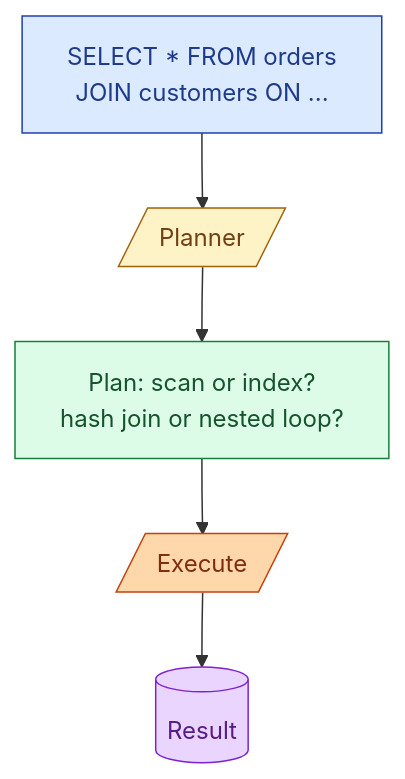
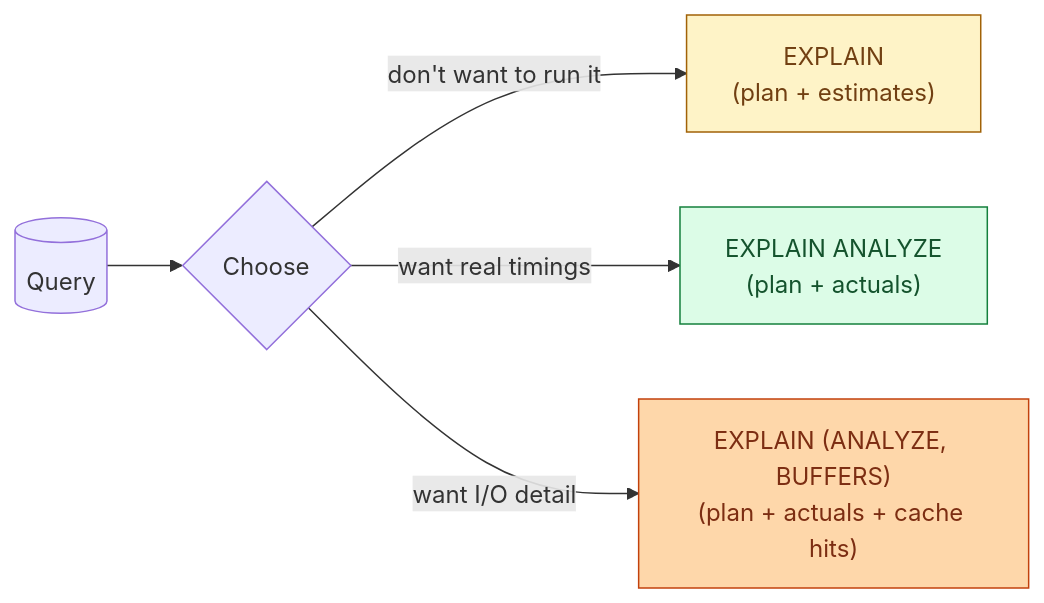
The first of 4 diagrams in _de_concepts/001-reading-an-explain-plan.md (shiningflash/shiningflash.github.io), drawn with Mermaid before and after one commit. The commit also changed other lines of this file, not shown here.

First line of the commit message:
DE concept #1: Reading an EXPLAIN plan, written fully

````diff
--- a/_de_concepts/001-reading-an-explain-plan.md
+++ b/_de_concepts/001-reading-an-explain-plan.md
@@ -12,14 +36,11 @@
 ```mermaid
-flowchart TB
-    Q["SELECT * FROM orders<br/>JOIN customers ON ..."]:::q
-    Q --> P[/"Planner"/]:::p
-    P --> Plan["Plan: scan or index?<br/>hash join or nested loop?"]:::plan
-    Plan --> Run[/"Execute"/]:::r
-    Run --> Out[("Result")]:::out
+flowchart LR
+    Q[("Query")] --> C{"Choose"}
+    C -->|"don't want to run it"| E["EXPLAIN<br/>(plan + estimates)"]:::a
+    C -->|"want real timings"| EA["EXPLAIN ANALYZE<br/>(plan + actuals)"]:::b
+    C -->|"want I/O detail"| EAB["EXPLAIN (ANALYZE, BUFFERS)<br/>(plan + actuals + cache hits)"]:::c
 
-    classDef q fill:#dbeafe,stroke:#1e40af,color:#1e3a8a
-    classDef p fill:#fef3c7,stroke:#a16207,color:#713f12
-    classDef plan fill:#dcfce7,stroke:#15803d,color:#14532d
-    classDef r fill:#fed7aa,stroke:#c2410c,color:#7c2d12
-    classDef out fill:#e9d5ff,stroke:#7e22ce,color:#581c87
+    classDef a fill:#fef3c7,stroke:#a16207,color:#713f12
+    classDef b fill:#dcfce7,stroke:#15803d,color:#14532d
+    classDef c fill:#fed7aa,stroke:#c2410c,color:#7c2d12
 ```
````
